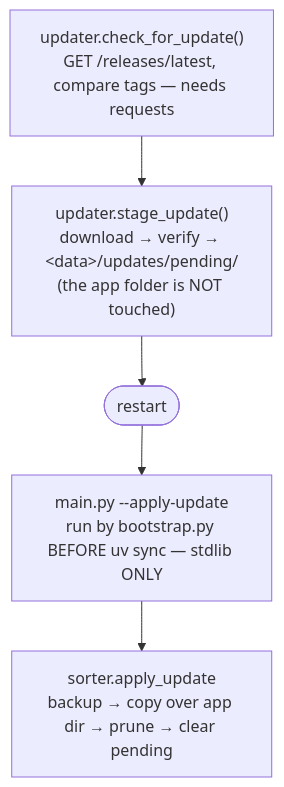
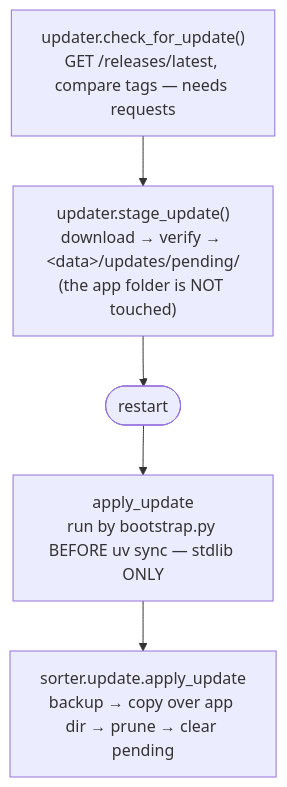
Before and after one commit to jimisola/AI-Case-Sorter-Py: the second of 2 diagrams in CLAUDE.md, drawn with Mermaid. The commit also changed other lines of this file and 213 other files, not shown here.

````diff
--- a/CLAUDE.md
+++ b/CLAUDE.md
@@ -614,10 +688,10 @@
 ```mermaid
 flowchart TD
     A["updater.check_for_update()<br/>GET /releases/latest, compare tags — needs requests"]
     B["updater.stage_update()<br/>download → verify → &lt;data&gt;/updates/pending/<br/>(the app folder is NOT touched)"]
     C(["restart"])
-    D["main.py --apply-update<br/>run by bootstrap.py BEFORE uv sync — stdlib ONLY"]
-    E["sorter.apply_update<br/>backup → copy over app dir → prune → clear pending"]
+    D["apply_update<br/>run by bootstrap.py BEFORE uv sync — stdlib ONLY"]
+    E["sorter.update.apply_update<br/>backup → copy over app dir → prune → clear pending"]
 
     A --> B --> C --> D --> E
 ```
````
